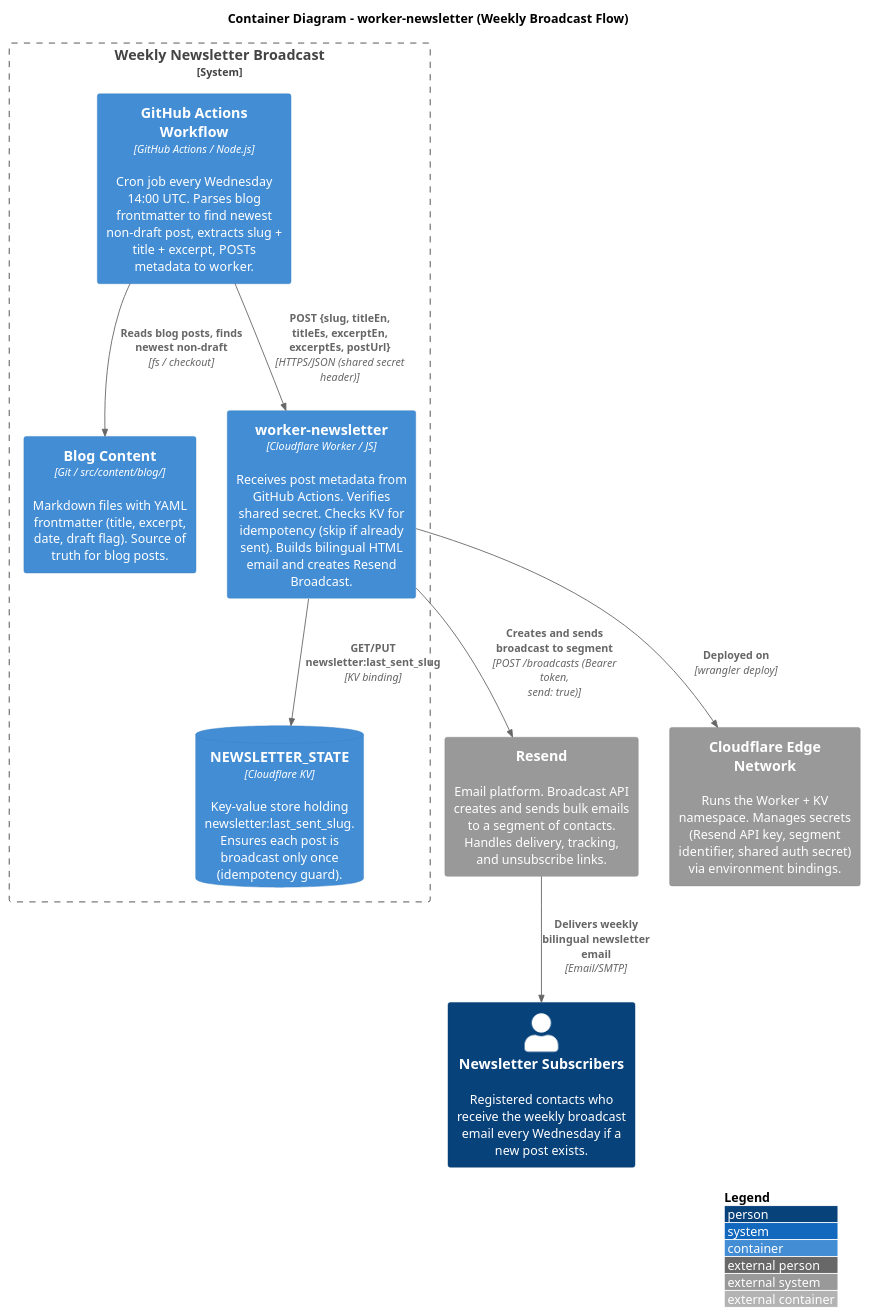
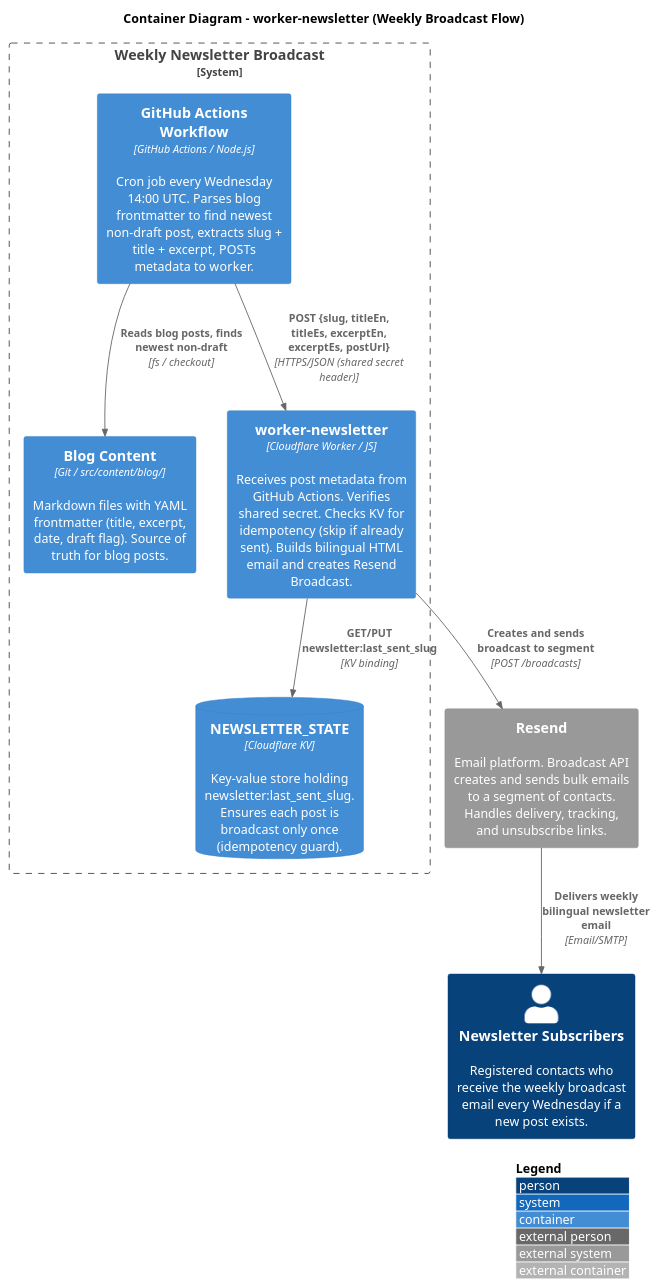
The diagram in public/blog/2026-08-12-newsletter-system-design/c4_2_container_worker_newsletter.puml (kiquetal/kiquetal.github.io), drawn with PlantUML before and after one commit. The commit also changed 3 other files, not shown here.

Commit message:
docs: simplify C4 diagrams — clean Level 1, remove secrets and infra noise from Level 2

```diff
--- a/public/blog/2026-08-12-newsletter-system-design/c4_2_container_worker_newsletter.puml
+++ b/public/blog/2026-08-12-newsletter-system-design/c4_2_container_worker_newsletter.puml
@@ -1,73 +1,69 @@
 @startuml C4_Level2_WorkerNewsletter
 ' =============================================================================
 ' C4 Level 2 — Container Diagram (worker-newsletter)
 ' =============================================================================
 ' Shows the deployable units involved in the weekly newsletter broadcast:
 ' GitHub Actions (cron) → Cloudflare Worker → KV State → Resend Broadcast → Subscribers.
 '
 ' AUDIENCE: Dev, DevOps — understanding the weekly broadcast pipeline.
 ' =============================================================================
 
 !include https://raw.githubusercontent.com/plantuml-stdlib/C4-PlantUML/master/C4_Container.puml
 
 ' --- Layout ---
 LAYOUT_TOP_DOWN()
 LAYOUT_WITH_LEGEND()
 
 title Container Diagram - worker-newsletter (Weekly Broadcast Flow)
 
 ' =============================================================================
 ' PEOPLE
 ' =============================================================================
 
 Person(subscribers, "Newsletter Subscribers", "Registered contacts who receive the weekly broadcast email every Wednesday if a new post exists.")
 
 ' =============================================================================
 ' SYSTEM BOUNDARY — Weekly Broadcast Flow
 ' =============================================================================
 
 System_Boundary(broadcast_system, "Weekly Newsletter Broadcast") {
 
     ' --- GitHub Actions (trigger) ---
     Container(gh_action, "GitHub Actions Workflow", "GitHub Actions / Node.js", "Cron job every Wednesday 14:00 UTC. Parses blog frontmatter to find newest non-draft post, extracts slug + title + excerpt, POSTs metadata to worker.")
 
     ' --- Git Repository (content source) ---
     Container(repo, "Blog Content", "Git / src/content/blog/", "Markdown files with YAML frontmatter (title, excerpt, date, draft flag). Source of truth for blog posts.")
 
     ' --- Cloudflare Worker ---
     Container(worker_newsletter, "worker-newsletter", "Cloudflare Worker / JS", "Receives post metadata from GitHub Actions. Verifies shared secret. Checks KV for idempotency (skip if already sent). Builds bilingual HTML email and creates Resend Broadcast.")
 
     ' --- KV State ---
     ContainerDb(kv_state, "NEWSLETTER_STATE", "Cloudflare KV", "Key-value store holding newsletter:last_sent_slug. Ensures each post is broadcast only once (idempotency guard).")
 }
 
 ' =============================================================================
 ' EXTERNAL SYSTEMS
 ' =============================================================================
 
 System_Ext(resend, "Resend", "Email platform. Broadcast API creates and sends bulk emails to a segment of contacts. Handles delivery, tracking, and unsubscribe links.")
-System_Ext(cloudflare, "Cloudflare Edge Network", "Runs the Worker + KV namespace. Manages secrets (Resend API key, segment identifier, shared auth secret) via environment bindings.")
 
 ' =============================================================================
 ' RELATIONSHIPS
 ' =============================================================================
 
 ' --- Cron trigger ---
 Rel(gh_action, repo, "Reads blog posts, finds newest non-draft", "fs / checkout")
 
 ' --- GitHub Actions → Worker ---
 Rel(gh_action, worker_newsletter, "POST {slug, titleEn, titleEs, excerptEn, excerptEs, postUrl}", "HTTPS/JSON (shared secret header)")
 
 ' --- Worker → KV (idempotency check) ---
 Rel(worker_newsletter, kv_state, "GET/PUT newsletter:last_sent_slug", "KV binding")
 
 ' --- Worker → Resend (broadcast) ---
-Rel(worker_newsletter, resend, "Creates and sends broadcast to segment", "POST /broadcasts (Bearer token, send: true)")
+Rel(worker_newsletter, resend, "Creates and sends broadcast to segment", "POST /broadcasts")
 
 ' --- Resend → Subscribers ---
 Rel(resend, subscribers, "Delivers weekly bilingual newsletter email", "Email/SMTP")
 
-' --- Worker deployed on Cloudflare ---
-Rel(worker_newsletter, cloudflare, "Deployed on", "wrangler deploy")
-
 @enduml
```
